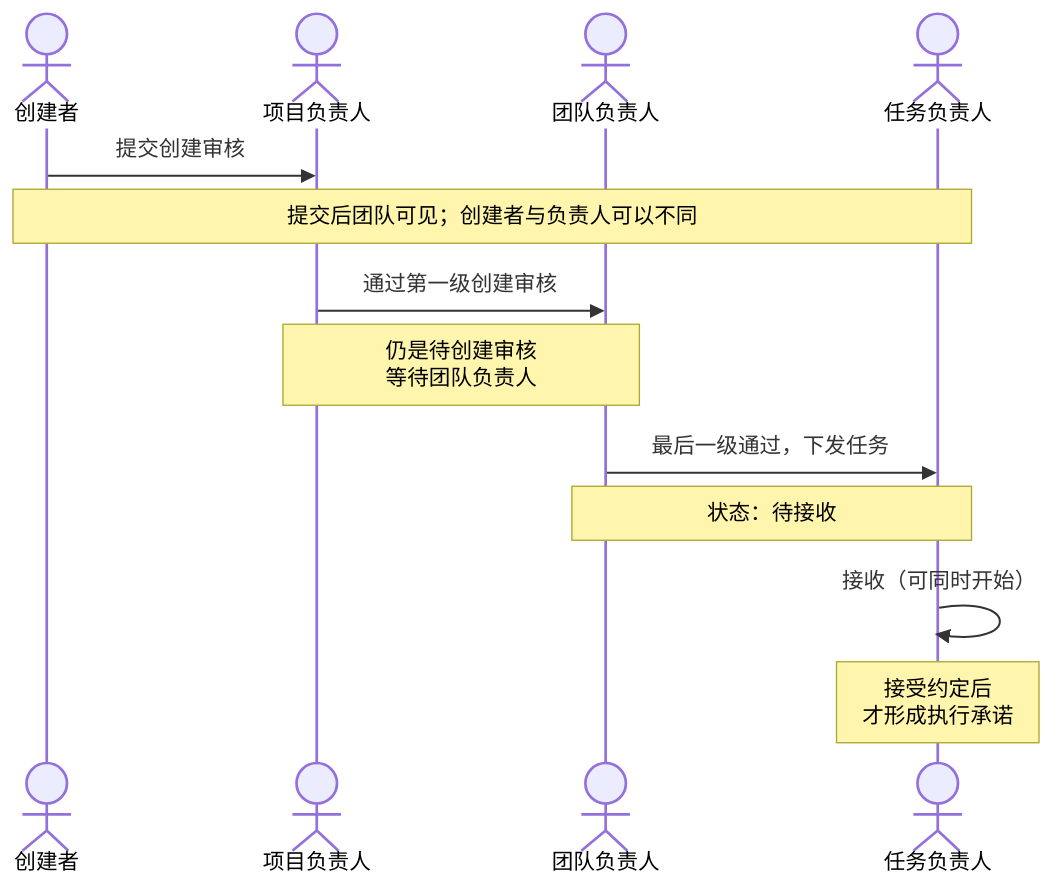
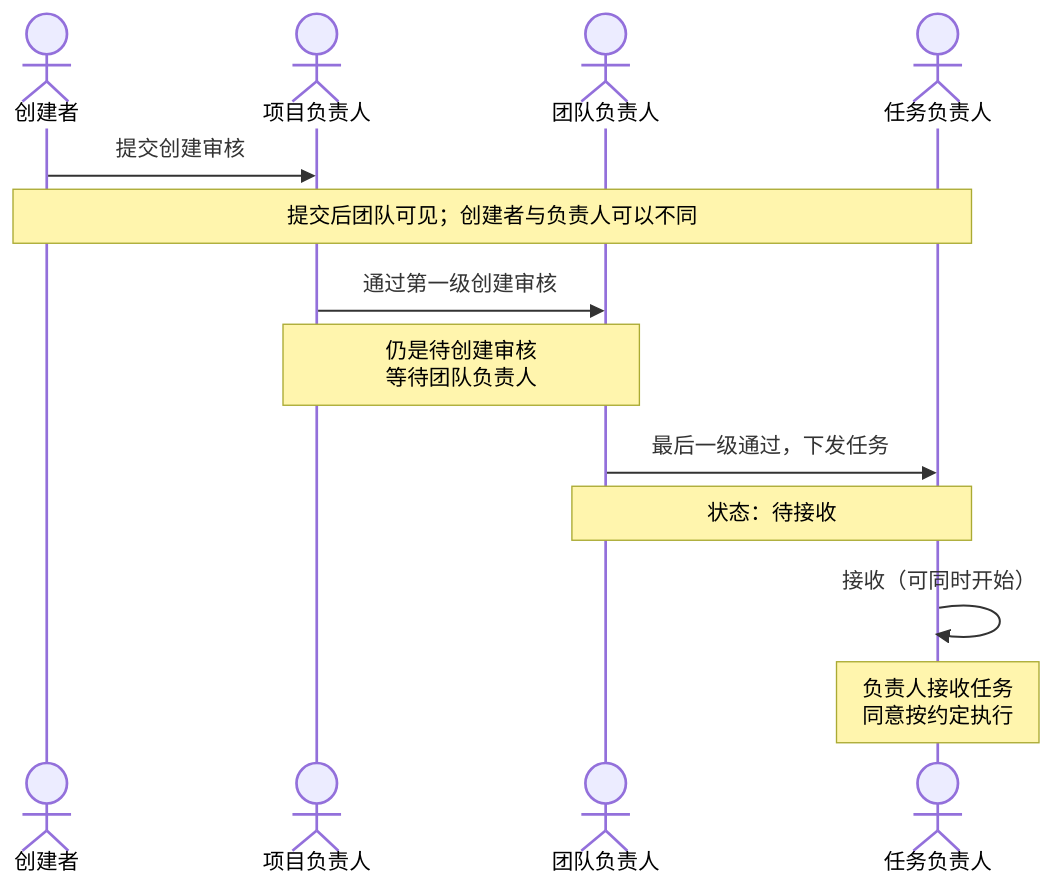
One commit to M1racleShih/open-task changed the diagram in docs/assets/diagrams/zh-CN/creation-approval.mmd. Above: the diagram before and after it, drawn with Mermaid. The commit also changed 125 other files, not shown here.

```diff
--- a/docs/assets/diagrams/zh-CN/creation-approval.mmd
+++ b/docs/assets/diagrams/zh-CN/creation-approval.mmd
@@ -1,15 +1,15 @@
 sequenceDiagram
   accTitle: 普通项目成员创建任务的审批和接受
-  accDescr: 创建者提交后，项目负责人先审核，团队负责人最后审核并下发，任务负责人再接受。指定负责人不会自动形成执行承诺。
+  accDescr: 创建者提交后，项目负责人先审核，团队负责人最后审核并下发，任务负责人再接受。指定负责人后，仍需本人接收任务。
   actor C as 创建者
   actor P as 项目负责人
   actor L as 团队负责人
   actor O as 任务负责人
   C->>P: 提交创建审核
   Note over C,O: 提交后团队可见；创建者与负责人可以不同
   P->>L: 通过第一级创建审核
   Note over P,L: 仍是待创建审核<br/>等待团队负责人
   L->>O: 最后一级通过，下发任务
   Note over L,O: 状态：待接收
   O->>O: 接收（可同时开始）
-  Note over O: 接受约定后<br/>才形成执行承诺
+  Note over O: 负责人接收任务<br/>同意按约定执行
```
